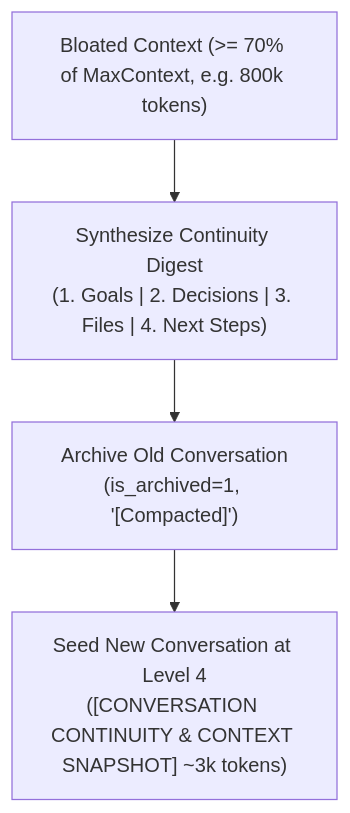
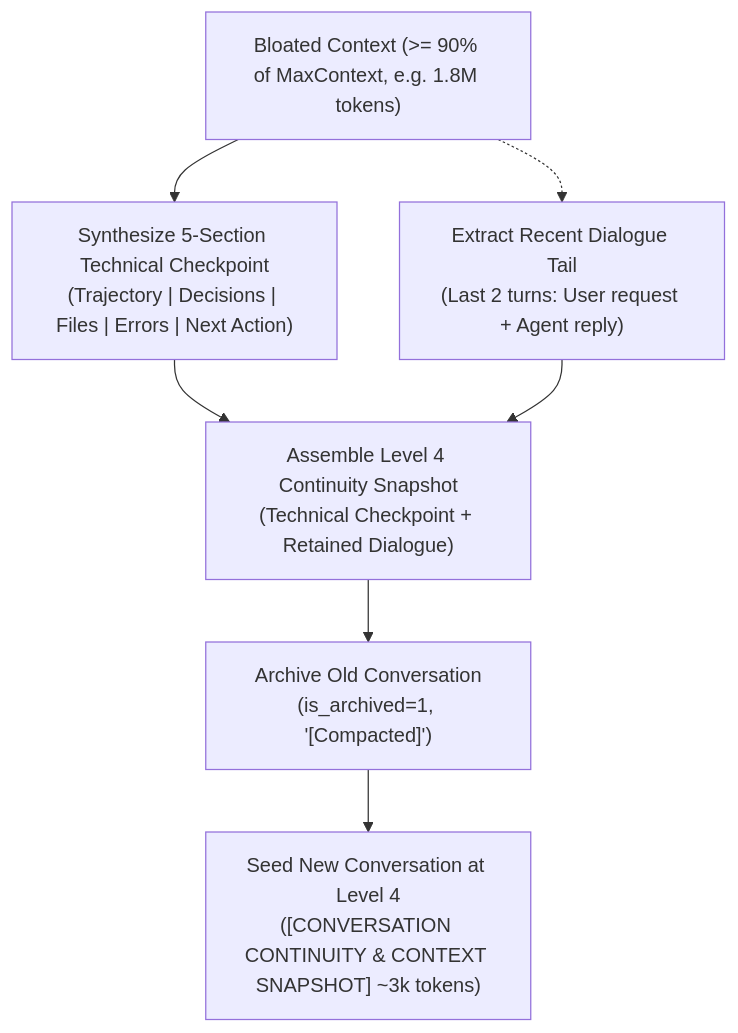
Before and after one commit to khanhbkqt/agyent: the third of 3 diagrams in docs/context-management-architecture.md, drawn with Mermaid. The commit also changed other lines of this file and 4 other files, not shown here.

Commit message:
feat(context): retain recent dialogue tail and upgrade to 5-section technical continuity checkpoint during compaction

````diff
--- a/docs/context-management-architecture.md
+++ b/docs/context-management-architecture.md
@@ -186,6 +186,9 @@
 ```mermaid
 flowchart TD
-    A["Bloated Context (>= 70% of MaxContext, e.g. 800k tokens)"] --> B["Synthesize Continuity Digest<br/>(1. Goals | 2. Decisions | 3. Files | 4. Next Steps)"]
-    B --> C["Archive Old Conversation<br/>(is_archived=1, '[Compacted]')"]
-    C --> D["Seed New Conversation at Level 4<br/>([CONVERSATION CONTINUITY & CONTEXT SNAPSHOT] ~3k tokens)"]
+    A["Bloated Context (>= 90% of MaxContext, e.g. 1.8M tokens)"] --> B["Synthesize 5-Section Technical Checkpoint<br/>(Trajectory | Decisions | Files | Errors | Next Action)"]
+    A -.-> C["Extract Recent Dialogue Tail<br/>(Last 2 turns: User request + Agent reply)"]
+    B --> D["Assemble Level 4 Continuity Snapshot<br/>(Technical Checkpoint + Retained Dialogue)"]
+    C --> D
+    D --> E["Archive Old Conversation<br/>(is_archived=1, '[Compacted]')"]
+    E --> F["Seed New Conversation at Level 4<br/>([CONVERSATION CONTINUITY & CONTEXT SNAPSHOT] ~3k tokens)"]
 ```
````
